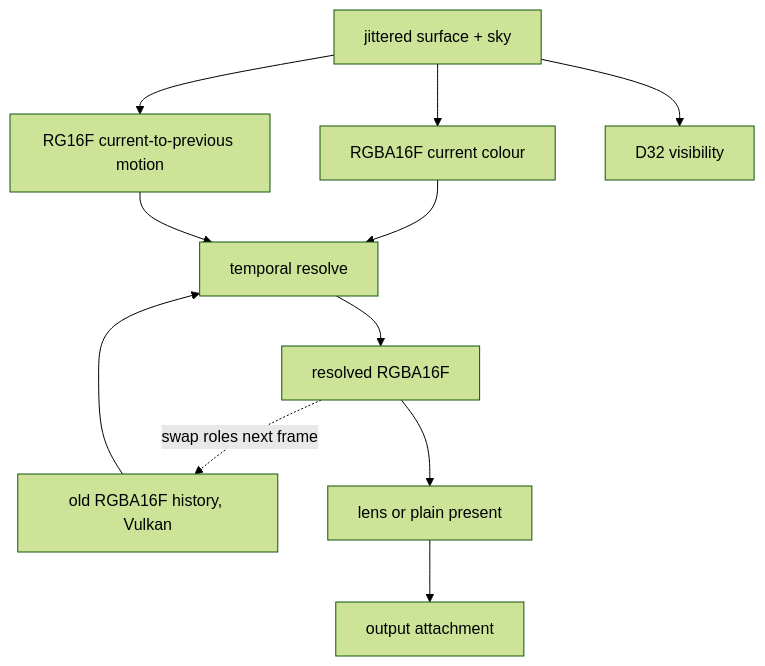
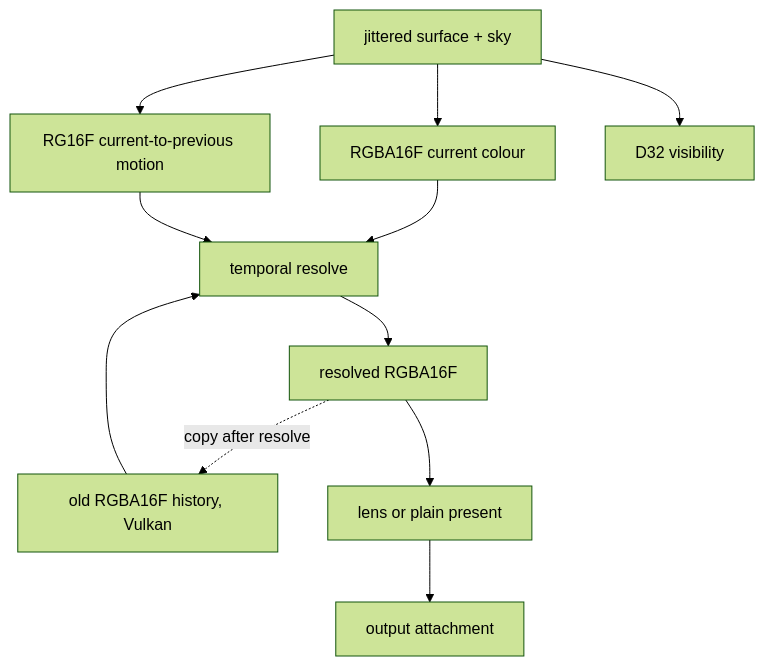
One commit to mbrock/luv changed the diagram in wiki/temporal-antialiasing.org. Above: the diagram before and after it, drawn with Mermaid (forest theme). The commit also changed other lines of this file and 6 other files, not shown here.

```diff
--- a/wiki/temporal-antialiasing.org
+++ b/wiki/temporal-antialiasing.org
@@ -68,13 +69,13 @@
 #+begin_src mermaid
 flowchart TB
   S["jittered surface + sky"] --> C["RGBA16F current colour"]
   S --> M["RG16F current-to-previous motion"]
   S --> D["D32 visibility"]
   C --> R["temporal resolve"]
   M --> R
   A["old RGBA16F history, Vulkan"] --> R
   R --> B["resolved RGBA16F"]
-  B -. "swap roles next frame" .-> A
+  B -. "copy after resolve" .-> A
   B --> P["lens or plain present"]
   P --> O["output attachment"]
 #+end_src
```
